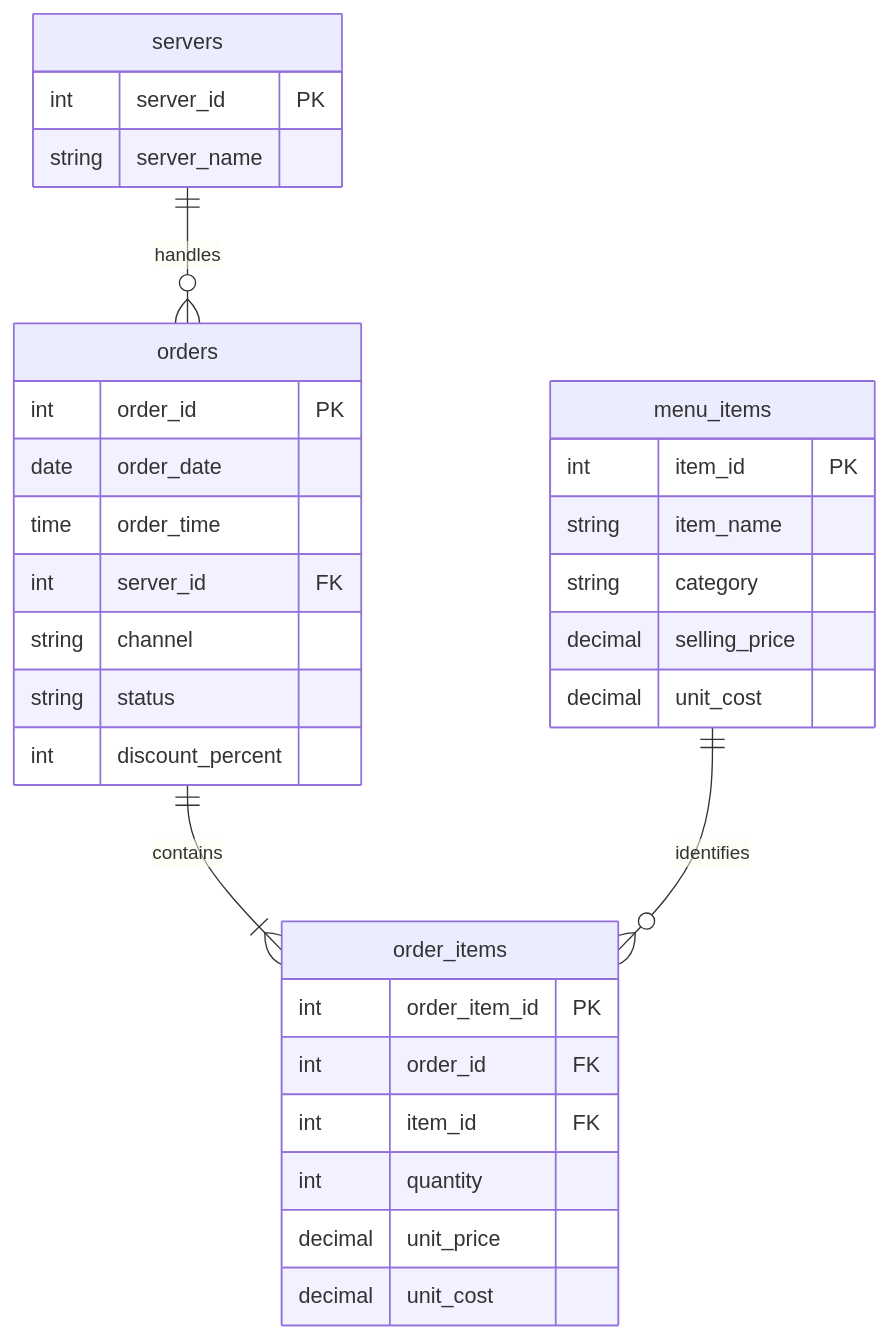
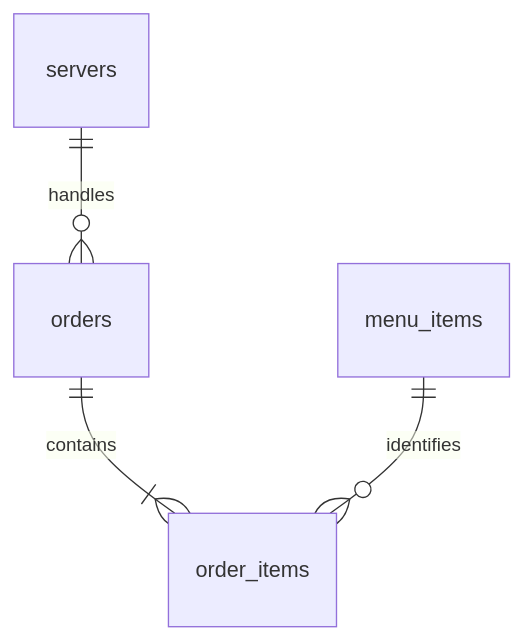
Before and after one commit to mnongal/catria-cucina-analytics: the diagram in README.md, drawn with Mermaid. The commit also changed other lines of this file, not shown here.

First line of the commit message:
Revise README for project name and overview clarity

````diff
--- a/README.md
+++ b/README.md
@@ -62,34 +80,6 @@
 ```mermaid
 erDiagram
     servers ||--o{ orders : handles
     orders ||--|{ order_items : contains
     menu_items ||--o{ order_items : identifies
-    servers {
-        int server_id PK
-        string server_name
-    }
-    orders {
-        int order_id PK
-        date order_date
-        time order_time
-        int server_id FK
-        string channel
-        string status
-        int discount_percent
-    }
-    order_items {
-        int order_item_id PK
-        int order_id FK
-        int item_id FK
-        int quantity
-        decimal unit_price
-        decimal unit_cost
-    }
-    menu_items {
-        int item_id PK
-        string item_name
-        string category
-        decimal selling_price
-        decimal unit_cost
-    }
 ```
````
